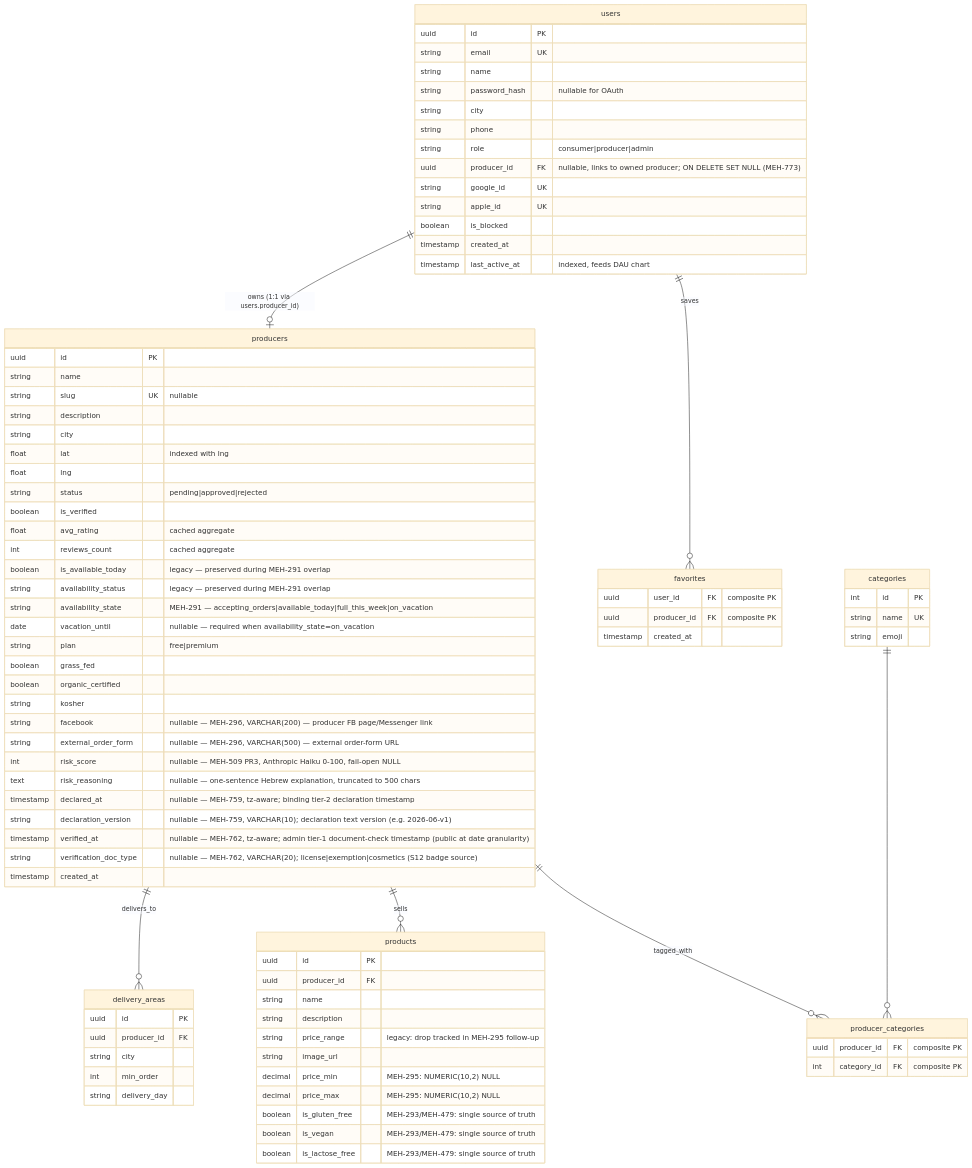
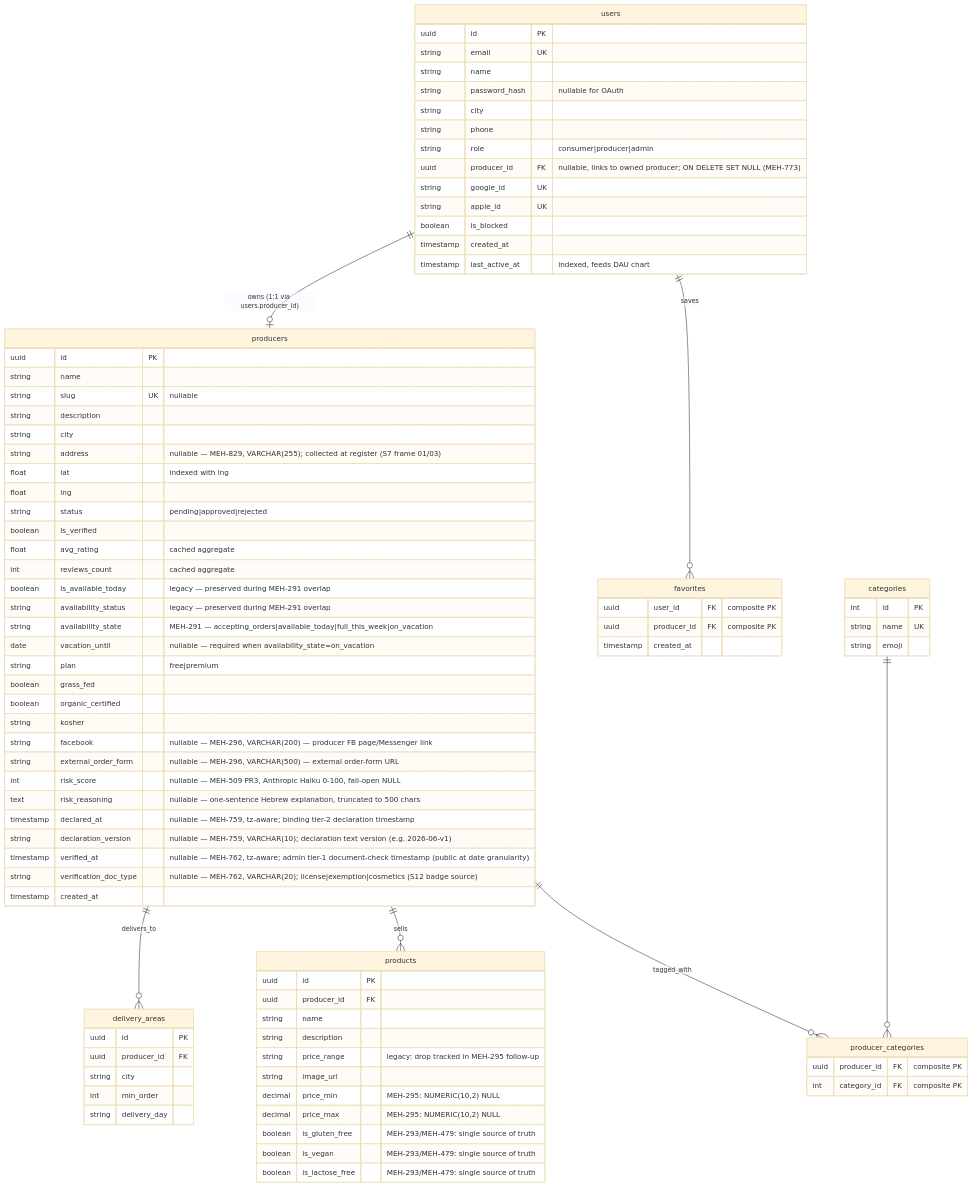
One commit to levismadar80-ship-it/FoodMamkor changed the first of 4 diagrams in .ai/diagrams/db-schema.md. Above: the diagram before and after it, drawn with Mermaid (base theme). The commit also changed 1 other file, not shown here.

Commit message:
docs(MEH-829): db-schema diagram + HANDOFF for the merged address column
Rule-12 follow-up to #1179 (merged): add producers.address (VARCHAR(255)
nullable) to .ai/diagrams/db-schema.md, and record the #1179 + #1183
merges in HANDOFF. Docs-only — no code. Refs MEH-829

https://claude.ai/code/session_019cZUg7iwNZ5D4pWXj1W7fK

```diff
--- a/.ai/diagrams/db-schema.md
+++ b/.ai/diagrams/db-schema.md
@@ -43,6 +43,7 @@
         string slug UK "nullable"
         string description
         string city
+        string address "nullable — MEH-829, VARCHAR(255); collected at register (S7 frame 01/03)"
         float lat "indexed with lng"
         float lng
         string status "pending|approved|rejected"
```
